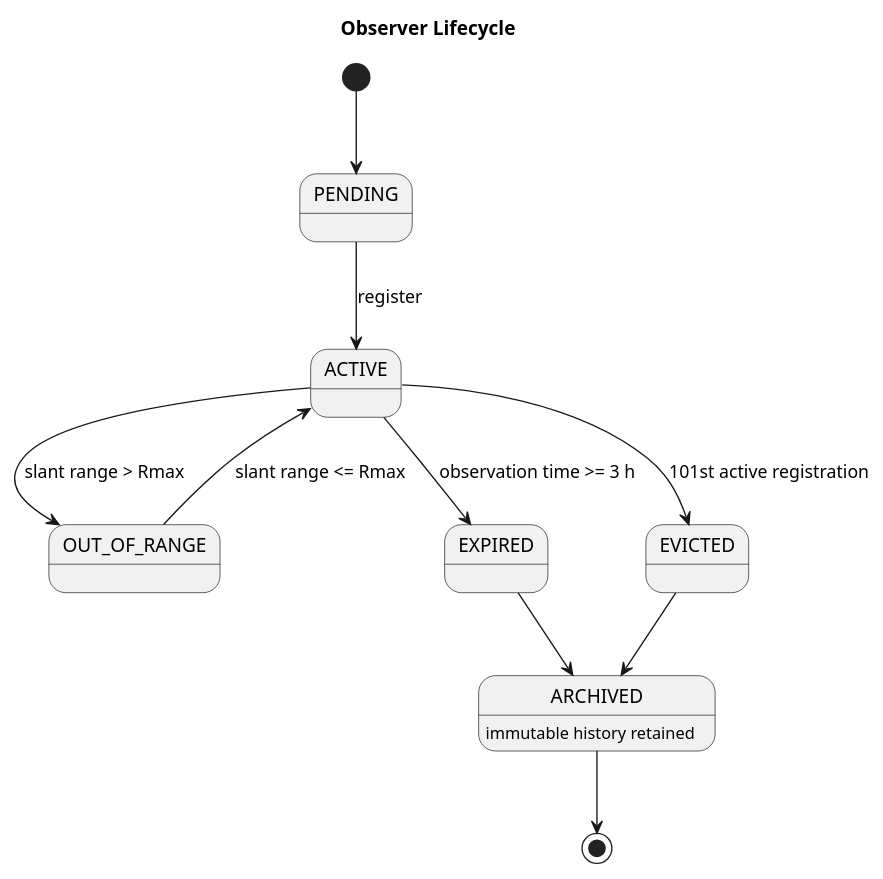
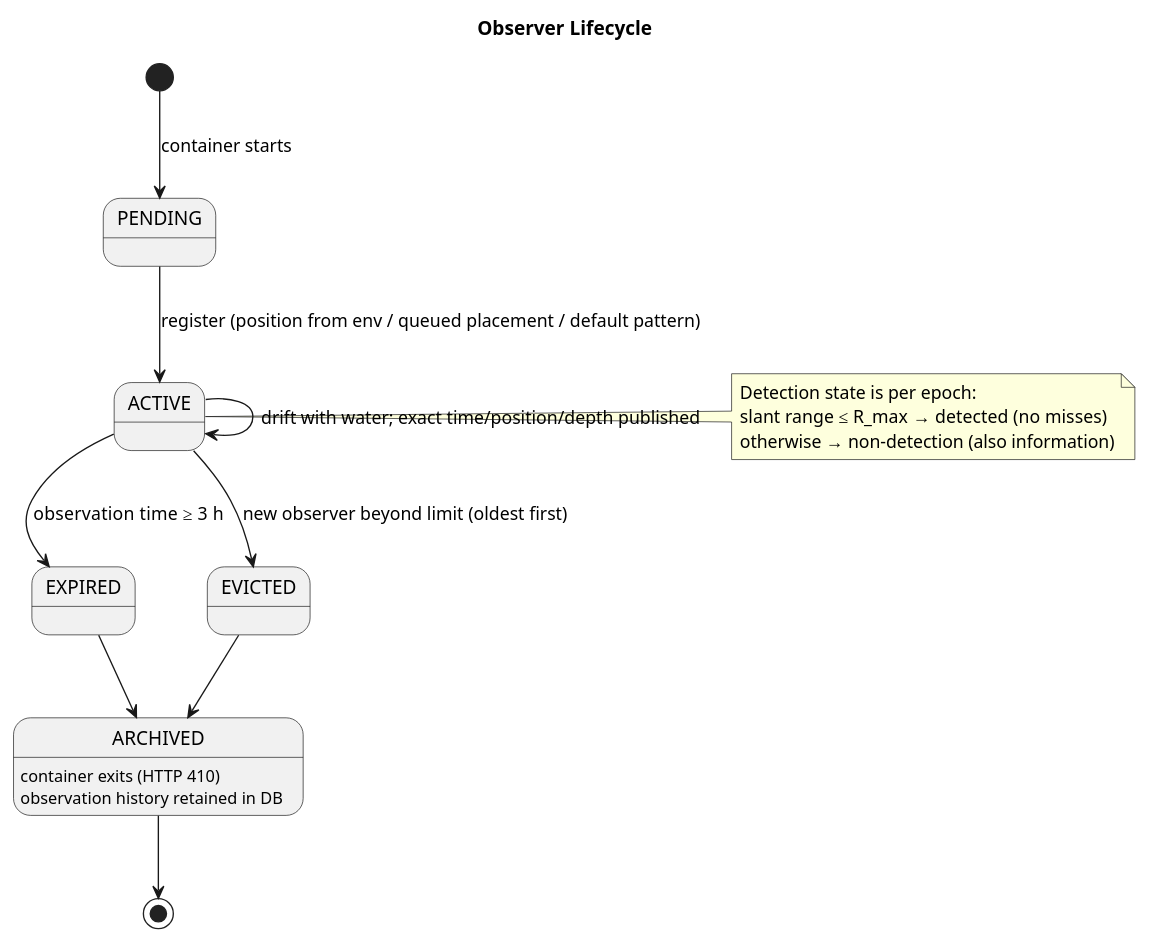
The diagram in docs/uml/observer-state.puml (UeEmon/aqua-drift-simulator), drawn with PlantUML before and after one commit. The commit also changed 12 other files, not shown here.

```diff
--- a/docs/uml/observer-state.puml
+++ b/docs/uml/observer-state.puml
@@ -1,13 +1,18 @@
 @startuml
 title Observer Lifecycle
-[*] --> PENDING
-PENDING --> ACTIVE : register
-ACTIVE --> OUT_OF_RANGE : slant range > Rmax
-OUT_OF_RANGE --> ACTIVE : slant range <= Rmax
-ACTIVE --> EXPIRED : observation time >= 3 h
-ACTIVE --> EVICTED : 101st active registration
+[*] --> PENDING : container starts
+PENDING --> ACTIVE : register (position from env / queued placement / default pattern)
+ACTIVE --> ACTIVE : drift with water; exact time/position/depth published
+ACTIVE --> EXPIRED : observation time ≥ 3 h
+ACTIVE --> EVICTED : new observer beyond limit (oldest first)
 EXPIRED --> ARCHIVED
 EVICTED --> ARCHIVED
-ARCHIVED : immutable history retained
+ARCHIVED : container exits (HTTP 410)
+ARCHIVED : observation history retained in DB
 ARCHIVED --> [*]
+note right of ACTIVE
+Detection state is per epoch:
+slant range ≤ R_max → detected (no misses)
+otherwise → non-detection (also information)
+end note
 @enduml
```
